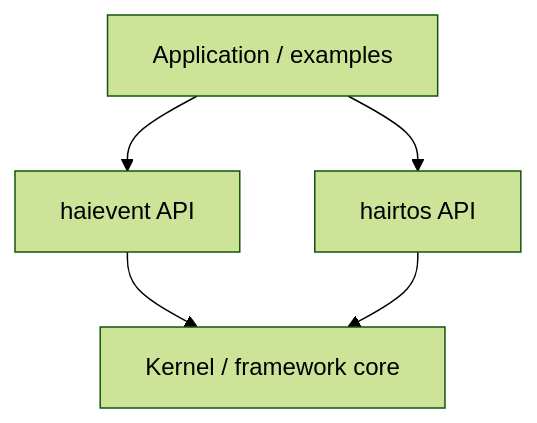
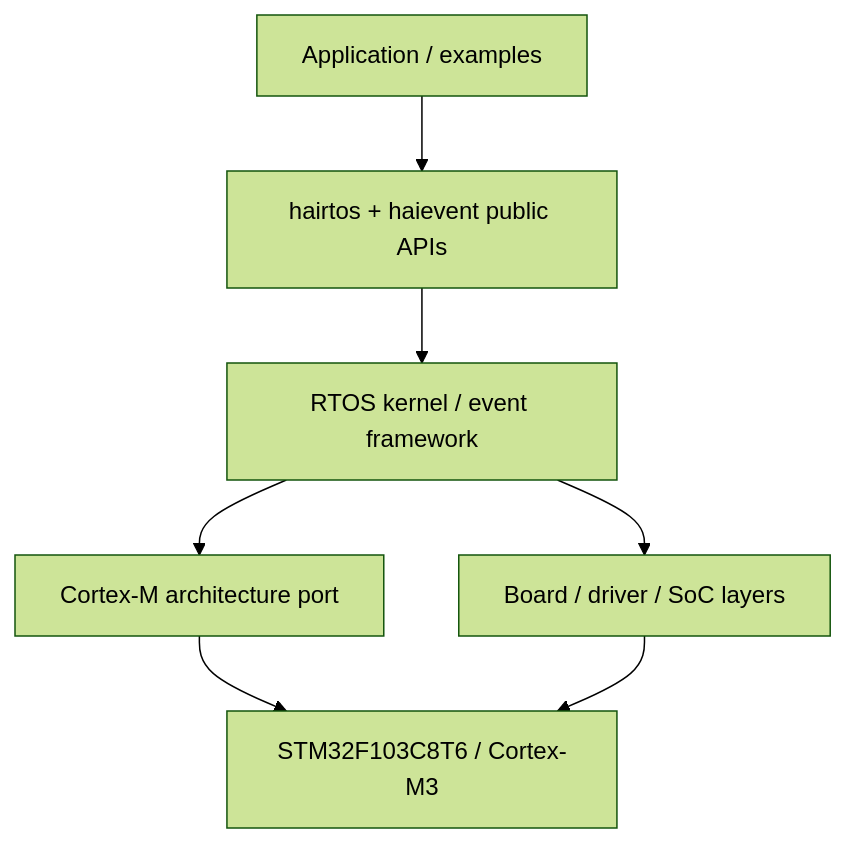
Before and after one commit to haikevins/hairtos: the diagram in README.md, drawn with Mermaid (forest theme). The commit also changed other lines of this file, not shown here.

````diff
--- a/README.md
+++ b/README.md
@@ -29,7 +35,9 @@
 ```mermaid
 flowchart TB
-    APP["Application / examples"] --> HE["haievent API"]
-    APP --> HR["hairtos API"]
-    HE --> K["Kernel / framework core"]
-    HR --> K
+    APP["Application / examples"] --> API["hairtos + haievent public APIs"]
+    API --> CORE["RTOS kernel / event framework"]
+    CORE --> PORT["Cortex-M architecture port"]
+    CORE --> PLATFORM["Board / driver / SoC layers"]
+    PORT --> MCU["STM32F103C8T6 / Cortex-M3"]
+    PLATFORM --> MCU
 ```
````
